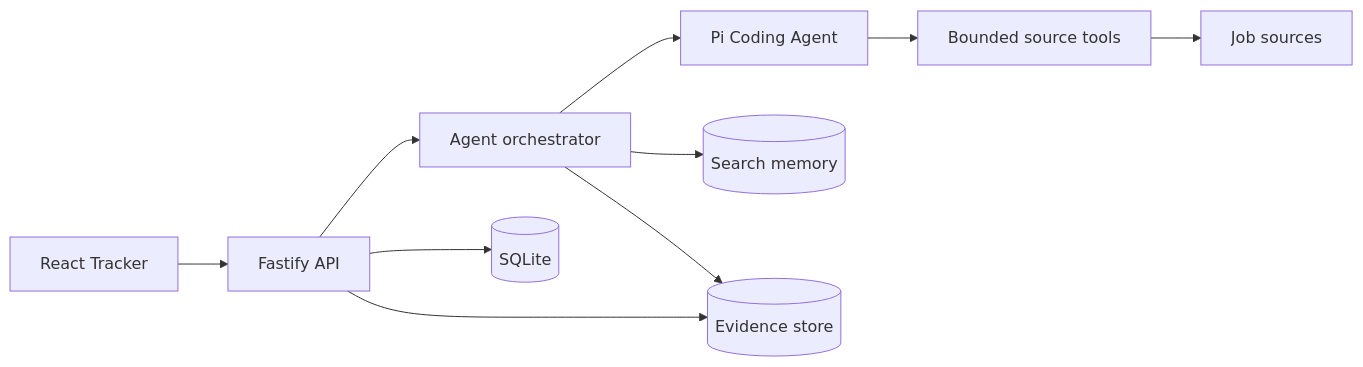
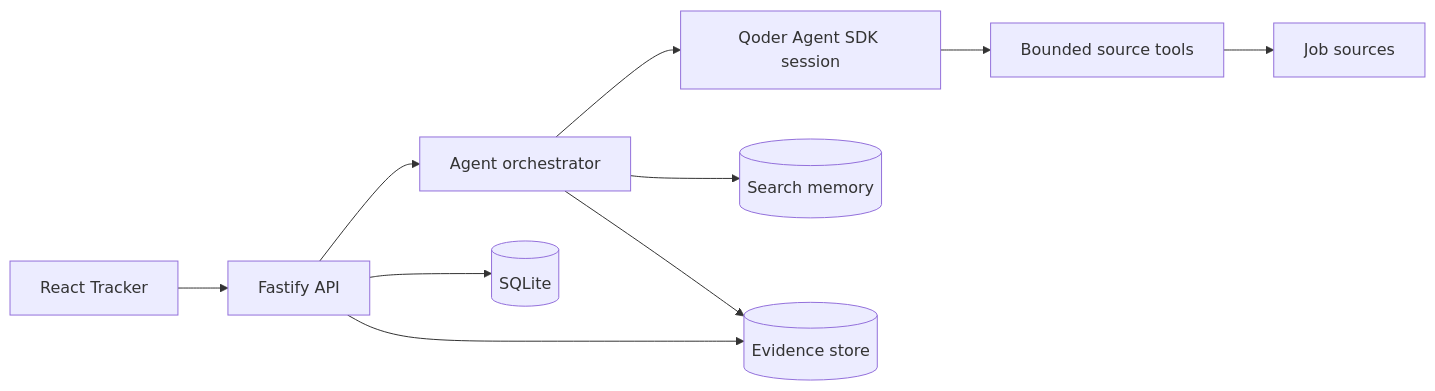
One commit to chndranndr/job-sequencer changed the diagram in README.md. Above: the diagram before and after it, drawn with Mermaid. The commit also changed other lines of this file and 2 other files, not shown here.

First line of the commit message:
fix(agent): gate live run paths on explicit model and sweep README

````diff
--- a/README.md
+++ b/README.md
@@ -34,12 +34,12 @@
 ```mermaid
 flowchart LR
   Tracker[React Tracker] --> API[Fastify API]
   API --> Orchestrator[Agent orchestrator]
-  Orchestrator --> Pi[Pi Coding Agent]
-  Pi --> Tools[Bounded source tools]
+  Orchestrator --> Qoder[Qoder Agent SDK session]
+  Qoder --> Tools[Bounded source tools]
   Tools --> Sources[Job sources]
   API --> SQLite[(SQLite)]
   Orchestrator --> Memory[(Search memory)]
   Orchestrator --> Evidence[(Evidence store)]
   API --> Evidence
 ```
````
